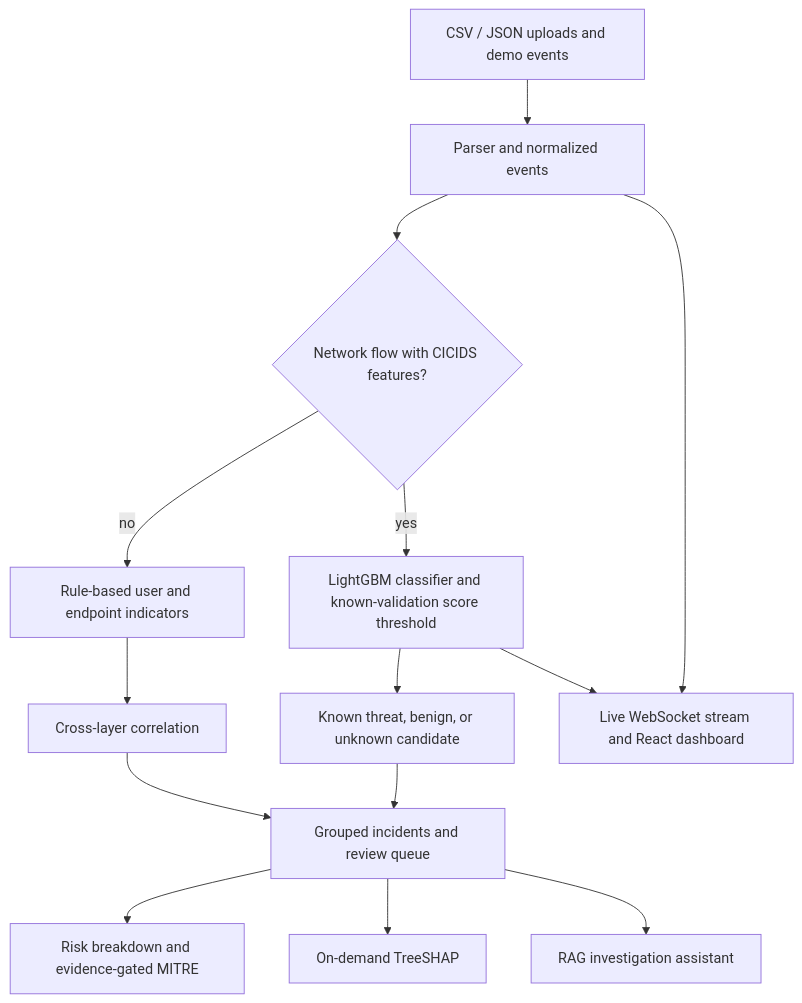
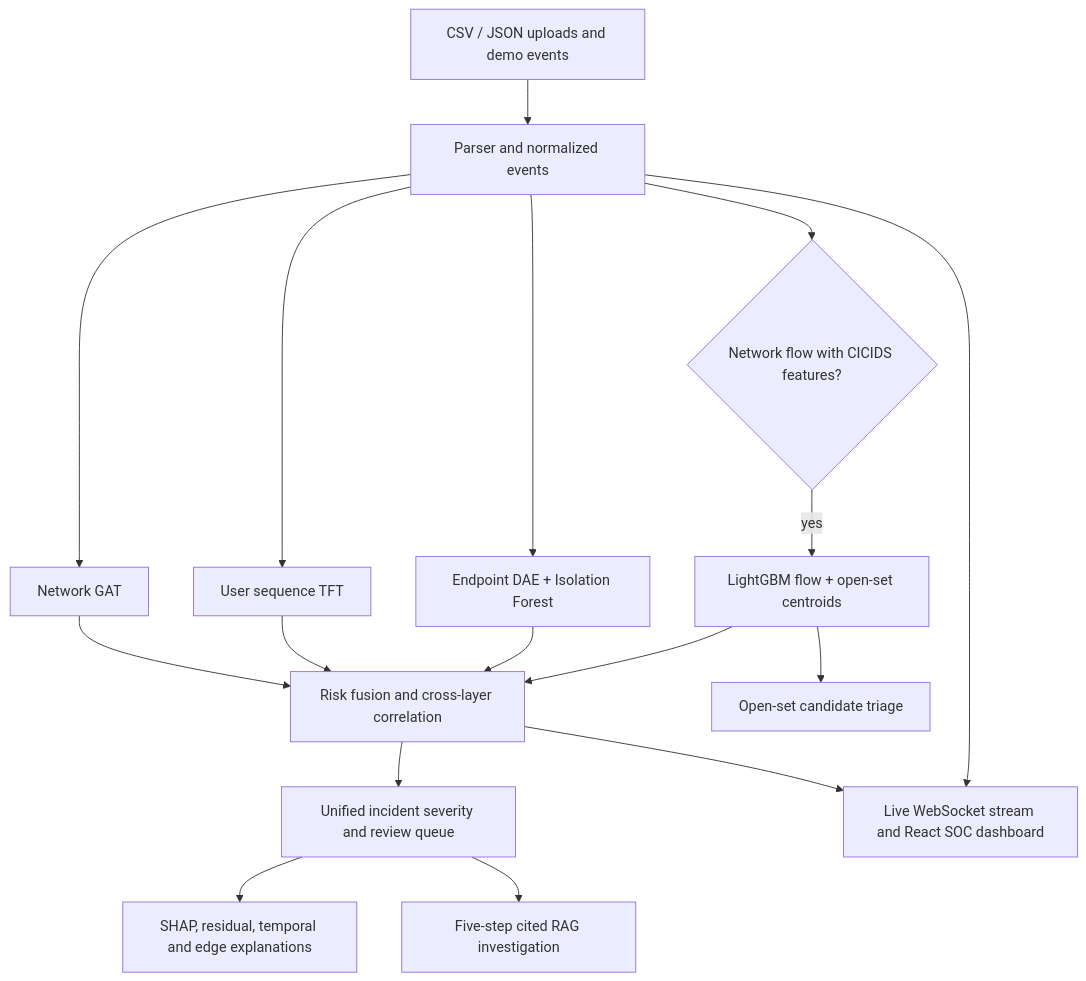
One commit to ShrikarBende/CyberGuard-X changed the diagram in README.md. Above: the diagram before and after it, drawn with Mermaid. The commit also changed other lines of this file and 11 other files, not shown here.

Commit message:
Step 10: Reconcile README, RESULTS.md, MITRE ATT&CK v20.1 metadata, and UI demo badges

````diff
--- a/README.md
+++ b/README.md
@@ -18,16 +37,19 @@
 ```mermaid
 flowchart TD
     A[CSV / JSON uploads and demo events] --> B[Parser and normalized events]
     B --> C{Network flow with CICIDS features?}
-    C -->|yes| D[LightGBM classifier and known-validation score threshold]
-    C -->|no| E[Rule-based user and endpoint indicators]
-    D --> F[Known threat, benign, or unknown candidate]
-    E --> G[Cross-layer correlation]
-    F --> H[Grouped incidents and review queue]
+    C -->|yes| D[LightGBM flow + open-set centroids]
+    B --> E[Endpoint DAE + Isolation Forest]
+    B --> F[User sequence TFT]
+    B --> G[Network GAT]
+    D --> H[Risk fusion and cross-layer correlation]
+    E --> H
+    F --> H
     G --> H
-    H --> I[Risk breakdown and evidence-gated MITRE]
-    H --> J[On-demand TreeSHAP]
-    H --> K[RAG investigation assistant]
-    B --> L[Live WebSocket stream and React dashboard]
-    D --> L
+    H --> I[Unified incident severity and review queue]
+    I --> J[SHAP, residual, temporal and edge explanations]
+    I --> K[Five-step cited RAG investigation]
+    D --> L[Open-set candidate triage]
+    B --> M[Live WebSocket stream and React SOC dashboard]
+    H --> M
 ```
````
